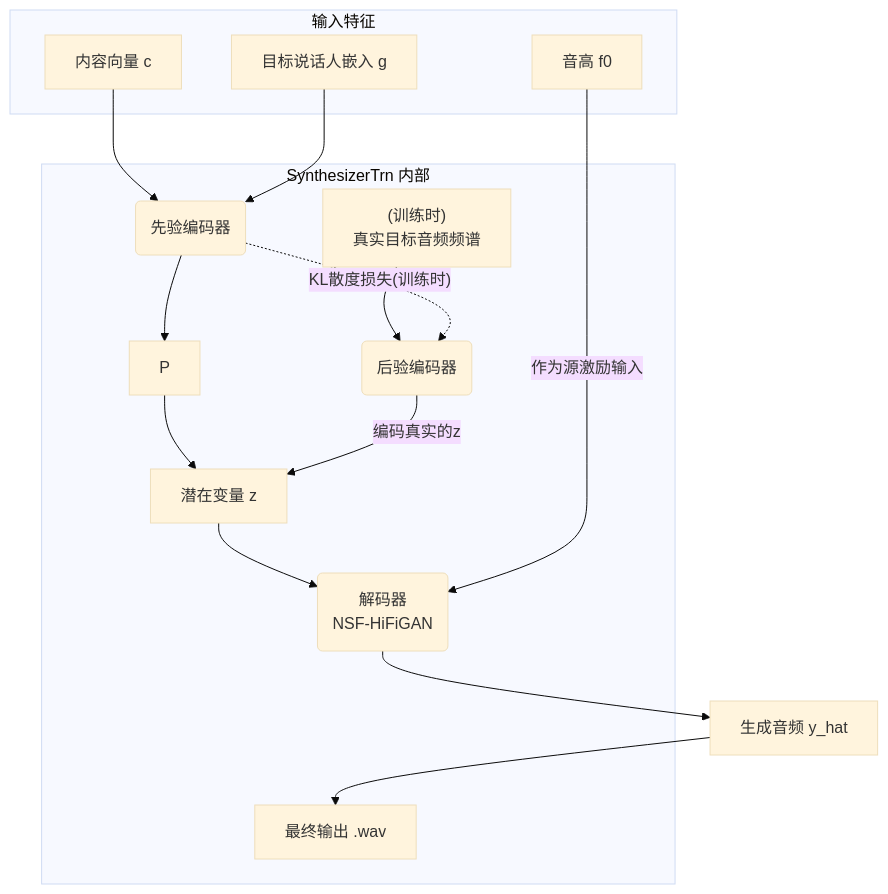
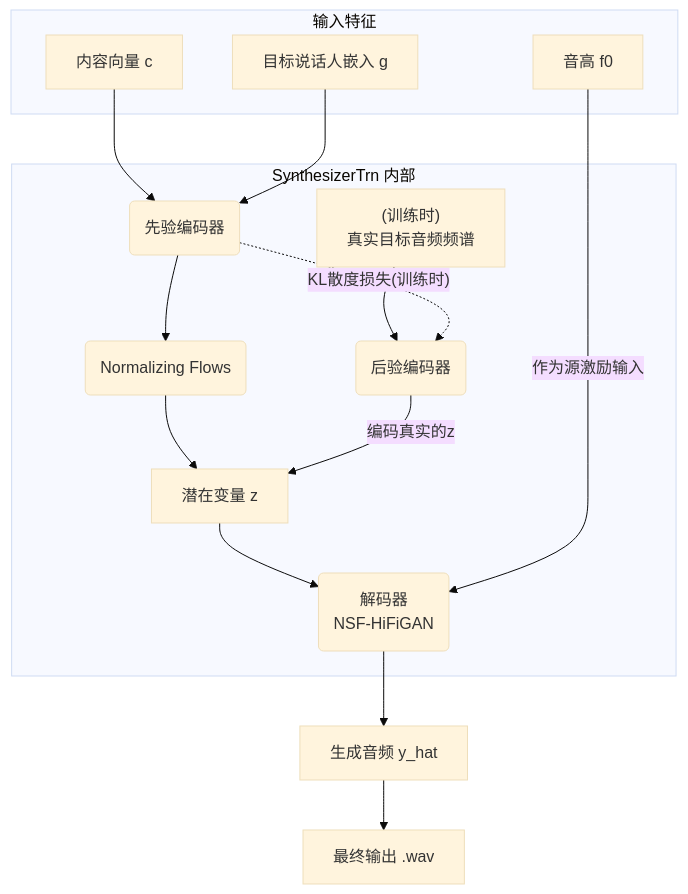
Before and after one commit to liqilun1008/sovitsvrc: the third of 5 diagrams in So-VITS-SVC 4.1 流程图与模型详解.md, drawn with Mermaid (base theme).

Commit message:
Update So-VITS-SVC 4.1 流程图与模型详解.md

````diff
--- a/So-VITS-SVC 4.1 流程图与模型详解.md
+++ b/So-VITS-SVC 4.1 流程图与模型详解.md
@@ -71,30 +71,30 @@
 ```mermaid
 graph TD
     subgraph "输入特征"
         A[内容向量 c];
         B[音高 f0];
         C[目标说话人嵌入 g];
     end
     
     subgraph "SynthesizerTrn 内部"
         D(先验编码器);
         E(后验编码器);
         F("解码器<br>NSF-HiFiGAN");
         G[潜在变量 z];
         H["(训练时)<br>真实目标音频频谱"];
-        L(Normalizing Flows);
+        P(Normalizing Flows);
 
         A & C --> D;
         D --> P;
         P --> G;
         H --> E;
         E -- "编码真实的z" --> G;
         D -.->|"KL散度损失(训练时)"| E;
 
         G --> F;
         B -- "作为源激励输入" --> F;
     end
     
     F --> I[生成音频 y_hat];
     I --> L[最终输出 .wav];
 ```
````
